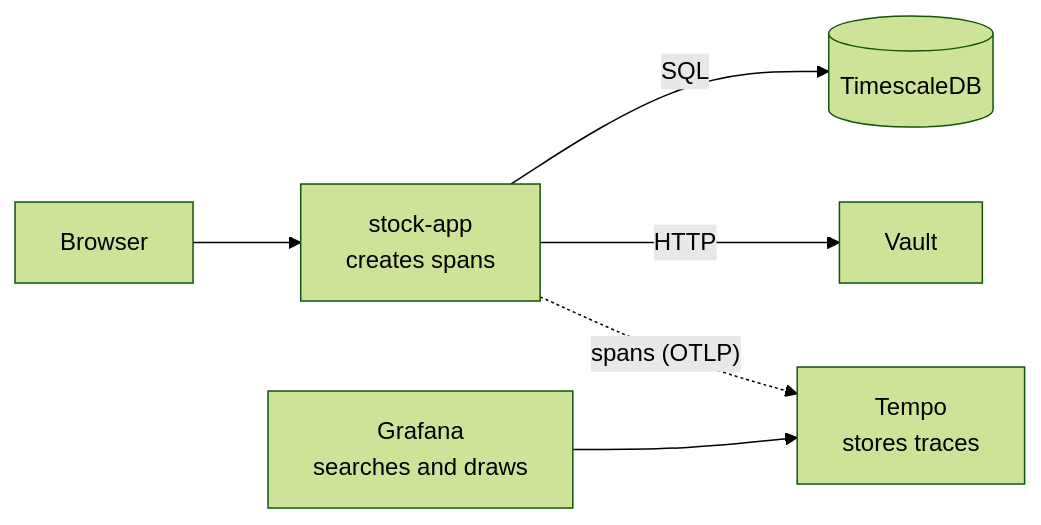
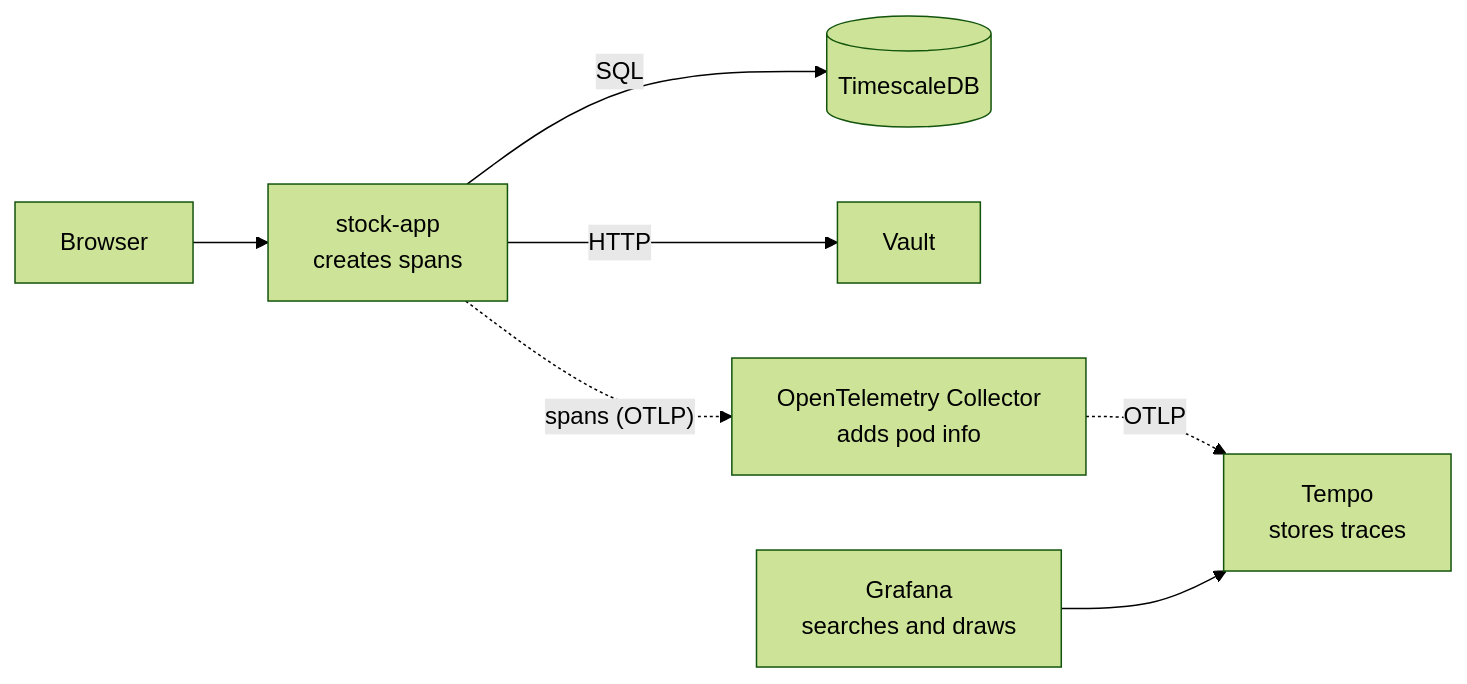
Before and after one commit to Jeremiaszmacura/platform-engineering-stack: the diagram in documentation/docs/tracing.md, drawn with Mermaid (forest theme). The commit also changed other lines of this file and 14 other files, not shown here.

First line of the commit message:
feat(tracing): route traces through an OpenTelemetry Collector

````diff
--- a/documentation/docs/tracing.md
+++ b/documentation/docs/tracing.md
@@ -31,8 +31,9 @@
 ```mermaid
 flowchart LR
     U[Browser] --> ST[stock-app<br/>creates spans]
     ST -->|SQL| DB[(TimescaleDB)]
     ST -->|HTTP| VA[Vault]
-    ST -.->|"spans (OTLP)"| TE[Tempo<br/>stores traces]
+    ST -.->|"spans (OTLP)"| OC[OpenTelemetry Collector<br/>adds pod info]
+    OC -.->|OTLP| TE[Tempo<br/>stores traces]
     GR[Grafana<br/>searches and draws] --> TE
 ```
````
